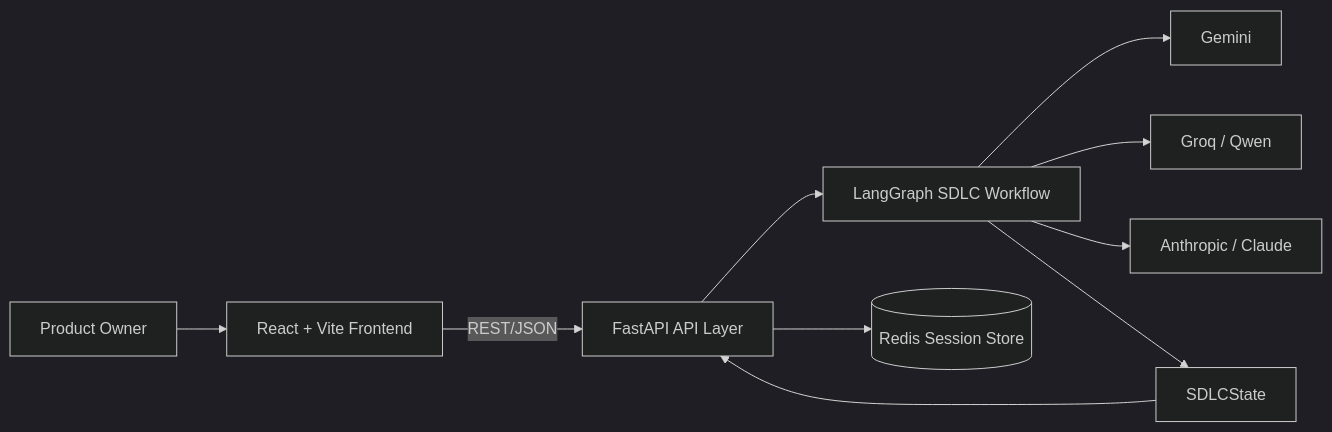
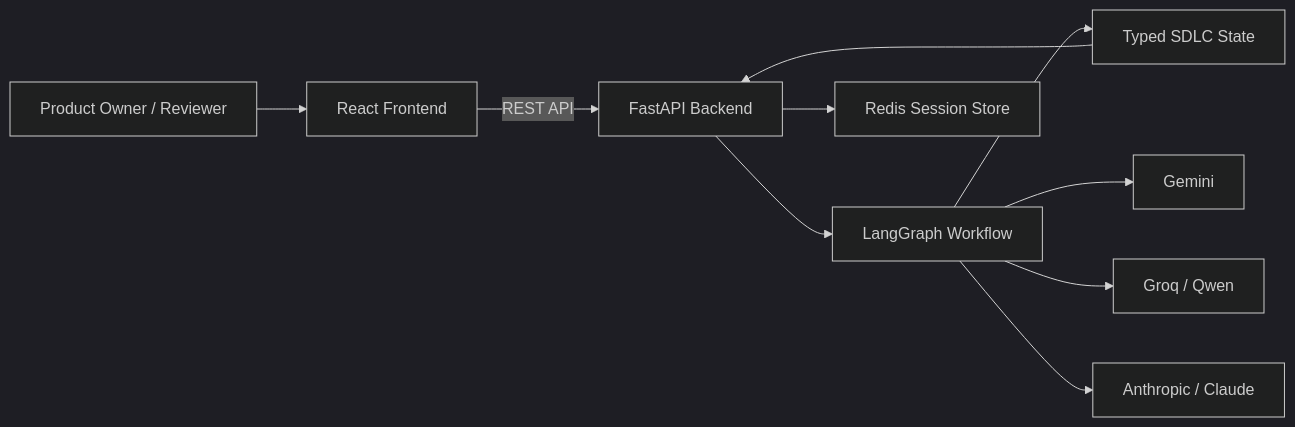
The first of 3 diagrams in README.md (DevDesai444/PairProgramer), drawn with Mermaid (dark theme) before and after one commit. The commit also changed other lines of this file, not shown here.

````diff
--- a/README.md
+++ b/README.md
@@ -55,15 +84,12 @@
 ```mermaid
 flowchart LR
-    U[Product Owner] --> FE[React + Vite Frontend]
-    FE -->|REST/JSON| API[FastAPI API Layer]
-
-    API --> WF[LangGraph SDLC Workflow]
-    API --> RS[(Redis Session Store)]
-
-    WF --> GM[Gemini]
-    WF --> GQ[Groq / Qwen]
-    WF --> AN[Anthropic / Claude]
-
-    WF --> ST[SDLCState]
+    U["Product Owner / Reviewer"] --> FE["React Frontend"]
+    FE -->|REST API| API["FastAPI Backend"]
+    API --> WF["LangGraph Workflow"]
+    API --> RS["Redis Session Store"]
+    WF --> ST["Typed SDLC State"]
+    WF --> GM["Gemini"]
+    WF --> GQ["Groq / Qwen"]
+    WF --> AN["Anthropic / Claude"]
     ST --> API
 ```
````
